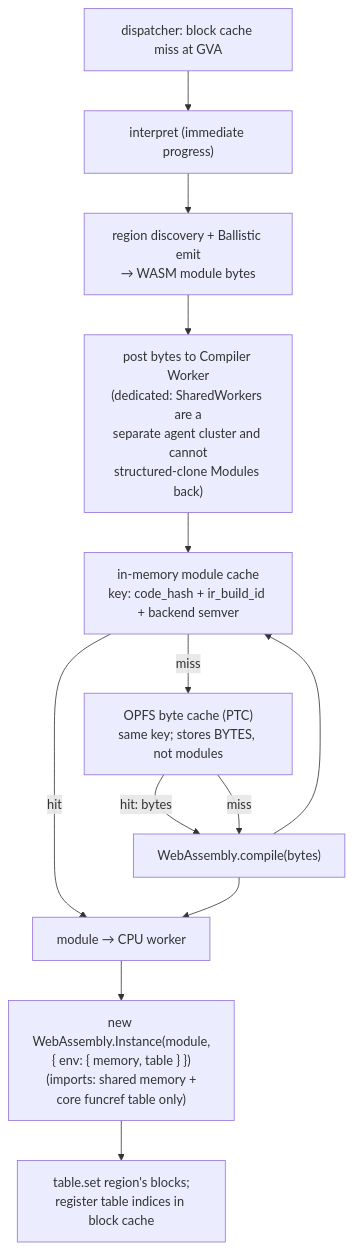
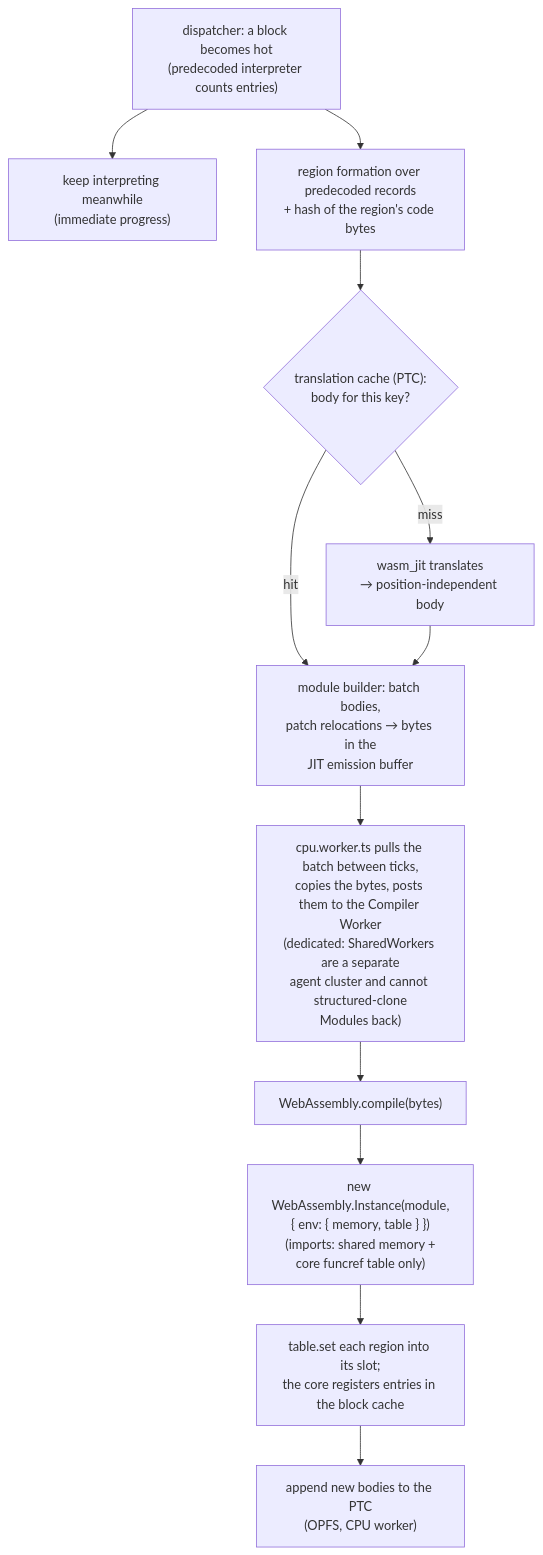
Before and after one commit to voland-emu/Voland: the fifth of 15 diagrams in docs/DESIGN.md, drawn with Mermaid. The commit also changed other lines of this file and 4 other files, not shown here.

First line of the commit message:
docs(cpu): specify wasm_jit, Voland's own ARM64->WASM JIT (DESIGN v3.28)

````diff
--- a/docs/DESIGN.md
+++ b/docs/DESIGN.md
@@ -1019,26 +1128,20 @@
 ```mermaid
 flowchart TD
-    MISS["dispatcher: block cache miss at GVA"]
-    INTERP["interpret (immediate progress)"]
-    REGION["region discovery + Ballistic emit<br/>→ WASM module bytes"]
-    POST["post bytes to Compiler Worker<br/>(dedicated: SharedWorkers are a<br/>separate agent cluster and cannot<br/>structured-clone Modules back)"]
-    MEMC["in-memory module cache<br/>key: code_hash + ir_build_id + backend semver"]
-    OPFSC["OPFS byte cache (PTC)<br/>same key; stores BYTES, not modules"]
+    HOT["dispatcher: a block becomes hot<br/>(predecoded interpreter counts entries)"]
+    INTERP["keep interpreting meanwhile<br/>(immediate progress)"]
+    REGION["region formation over predecoded records<br/>+ hash of the region's code bytes"]
+    PTCQ{"translation cache (PTC):<br/>body for this key?"}
+    TRANS["wasm_jit translates<br/>→ position-independent body"]
+    BATCH["module builder: batch bodies,<br/>patch relocations → bytes in the<br/>JIT emission buffer"]
+    PULL["cpu.worker.ts pulls the batch between ticks,<br/>copies the bytes, posts them to the Compiler Worker<br/>(dedicated: SharedWorkers are a separate<br/>agent cluster and cannot structured-clone<br/>Modules back)"]
     COMPILE["WebAssembly.compile(bytes)"]
-    BACK["module → CPU worker"]
     INST["new WebAssembly.Instance(module,<br/>{ env: { memory, table } })<br/>(imports: shared memory +<br/>core funcref table only)"]
-    REG["table.set region's blocks;<br/>register table indices in block cache"]
+    REG["table.set each region into its slot;<br/>the core registers entries in the block cache"]
+    STORE["append new bodies to the PTC<br/>(OPFS, CPU worker)"]
 
-    MISS --> INTERP
-    INTERP --> REGION
-    REGION --> POST
-    POST --> MEMC
-    MEMC -->|hit| BACK
-    MEMC -->|miss| OPFSC
-    OPFSC -->|"hit: bytes"| COMPILE
-    OPFSC -->|miss| COMPILE
-    COMPILE --> MEMC
-    COMPILE --> BACK
-    BACK --> INST
-    INST --> REG
+    HOT --> INTERP
+    HOT --> REGION --> PTCQ
+    PTCQ -->|hit| BATCH
+    PTCQ -->|miss| TRANS --> BATCH
+    BATCH --> PULL --> COMPILE --> INST --> REG --> STORE
 ```
````
